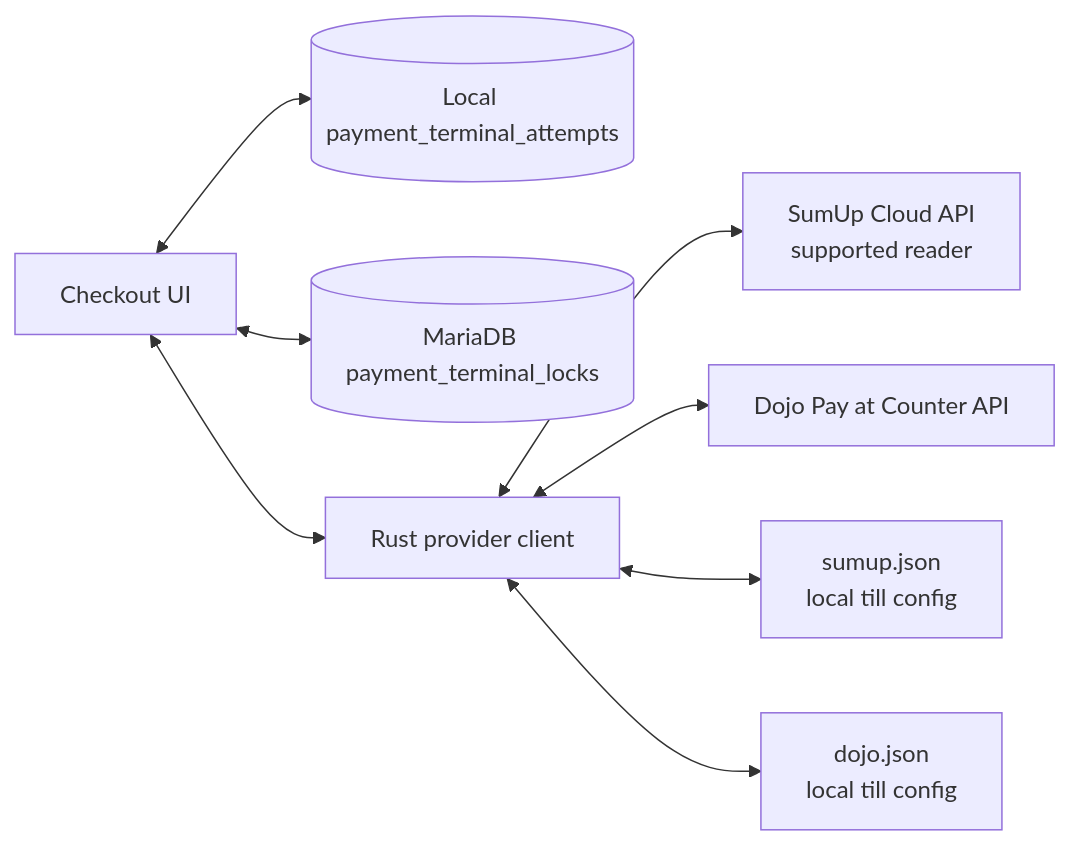
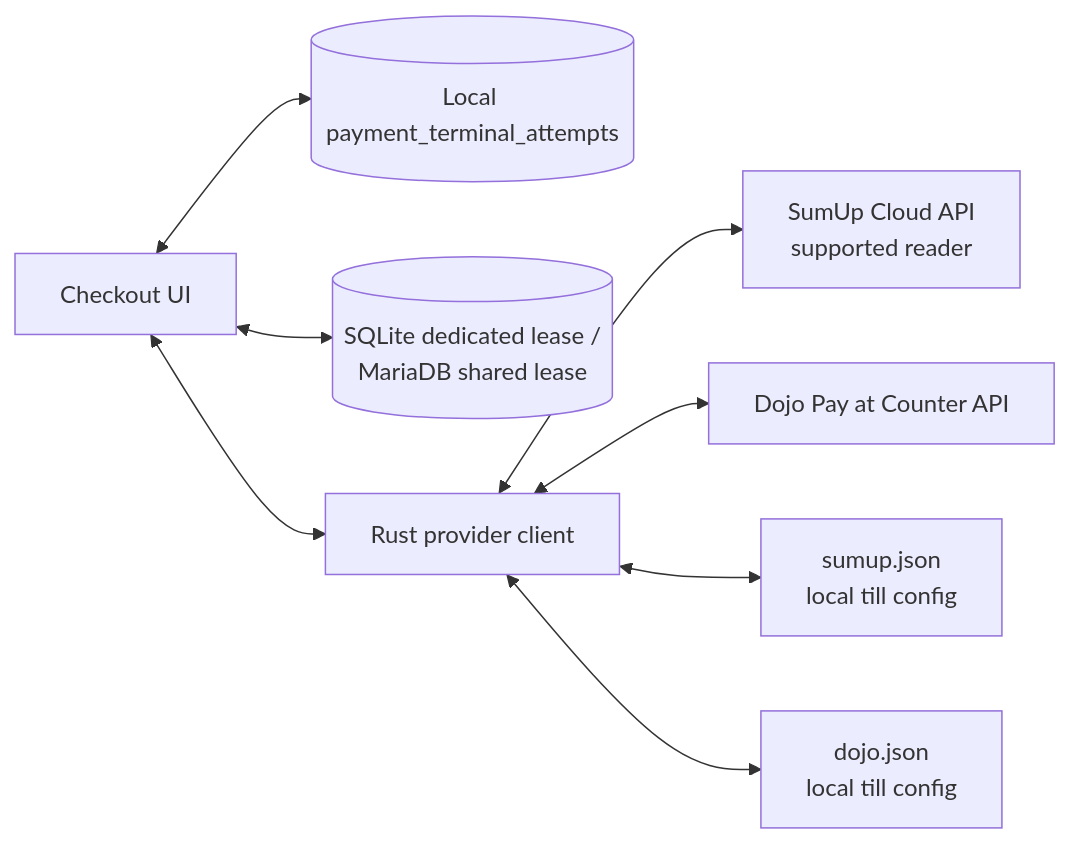
Before and after one commit to elamredda-cmd/tauriPOS: diagram 11 of 19 in docs/SYSTEM_DESIGN.md, drawn with Mermaid. The commit also changed other lines of this file and 38 other files, not shown here.

````diff
--- a/docs/SYSTEM_DESIGN.md
+++ b/docs/SYSTEM_DESIGN.md
@@ -633,19 +636,19 @@
 ```mermaid
 flowchart LR
     Checkout["Checkout UI"]
     Journal[("Local payment_terminal_attempts")]
-    Lock[("MariaDB payment_terminal_locks")]
+    Lock[("SQLite dedicated lease /<br/>MariaDB shared lease")]
     Rust["Rust provider client"]
     SumUp["SumUp Cloud API<br/>supported reader"]
     Dojo["Dojo Pay at Counter API"]
     SumCfg["sumup.json<br/>local till config"]
     DojoCfg["dojo.json<br/>local till config"]
 
     Checkout <--> Journal
     Checkout <--> Lock
     Checkout <--> Rust
     Rust <--> SumUp
     Rust <--> Dojo
     Rust <--> SumCfg
     Rust <--> DojoCfg
 ```
````
